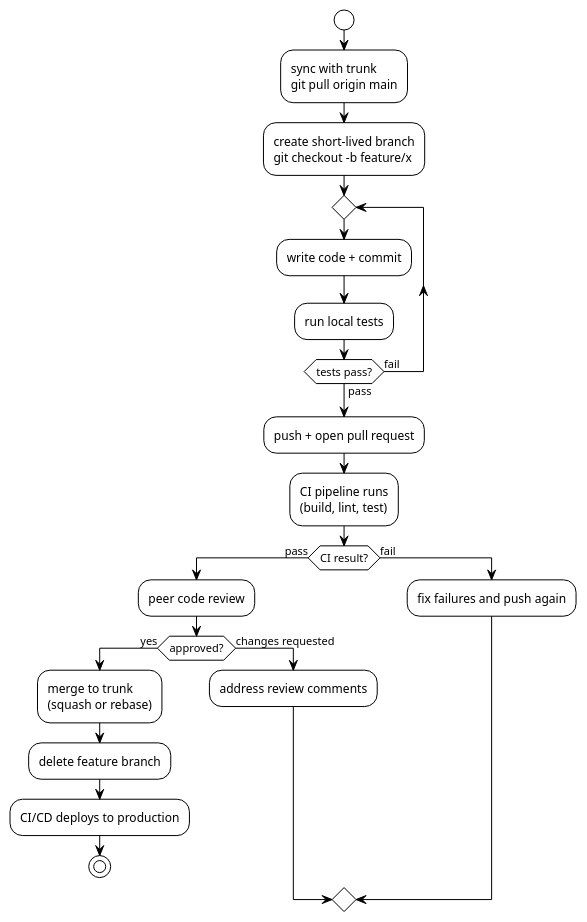
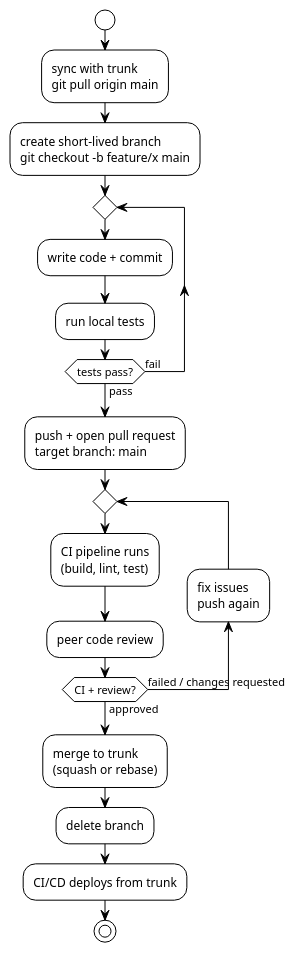
One commit to istergiou/istergiou changed the second of 2 diagrams in git-workflow-trunk-based.md. Above: the diagram before and after it, drawn with PlantUML. The commit also changed other lines of this file and 29 other files, not shown here.

First line of the commit message:
Add git workflow documentation with diagrams and research notes

````diff
--- a/git-workflow-trunk-based.md
+++ b/git-workflow-trunk-based.md
@@ -72,35 +114,30 @@
 ```plantuml
 @startuml
 !theme plain
 
 start
 
 :sync with trunk\ngit pull origin main;
 
-:create short-lived branch\ngit checkout -b feature/x;
+:create short-lived branch\ngit checkout -b feature/x main;
 
 repeat
   :write code + commit;
   :run local tests;
 repeat while (tests pass?) is (fail) not (pass)
 
-:push + open pull request;
+:push + open pull request\ntarget branch: main;
 
-:CI pipeline runs\n(build, lint, test);
+repeat
+  :CI pipeline runs\n(build, lint, test);
+  :peer code review;
+  backward:fix issues\npush again;
+repeat while (CI + review?) is (failed / changes requested) not (approved)
 
-if (CI result?) then (pass)
-  :peer code review;
-  if (approved?) then (yes)
-    :merge to trunk\n(squash or rebase);
-    :delete feature branch;
-    :CI/CD deploys to production;
-    stop
-  else (changes requested)
-    :address review comments;
-  endif
-else (fail)
-  :fix failures and push again;
-endif
+:merge to trunk\n(squash or rebase);
+:delete branch;
+:CI/CD deploys from trunk;
+stop
 
 @enduml
 ```
````
